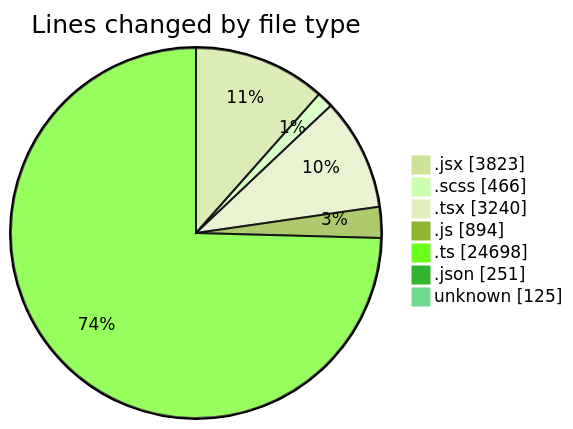
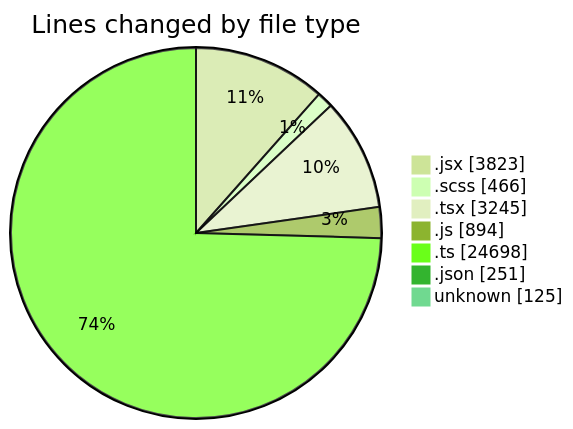
The first of 2 diagrams in 2026-09-02/cda/README.md (momahboobian/code-tracking), drawn with Mermaid (forest theme) before and after one commit. The commit also changed other lines of this file and 1 other file, not shown here.

````diff
--- a/2026-09-02/cda/README.md
+++ b/2026-09-02/cda/README.md
@@ -76,11 +76,11 @@
 ```mermaid
 pie showData
 title Lines changed by file type
 ".jsx" : 3823
 ".scss" : 466
-".tsx" : 3240
+".tsx" : 3245
 ".js" : 894
 ".ts" : 24698
 ".json" : 251
 "unknown" : 125
 ```
````
